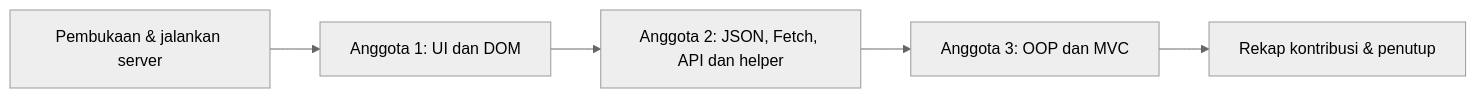
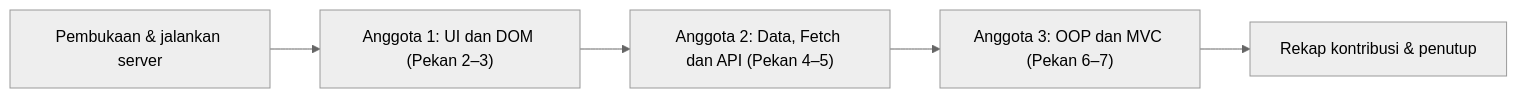
Before and after one commit to angga012/tes: the diagram in PANDUAN_VIDEO.md, drawn with Mermaid (neutral theme). The commit also changed other lines of this file and 3 other files, not shown here.

````diff
--- a/PANDUAN_VIDEO.md
+++ b/PANDUAN_VIDEO.md
@@ -53,7 +52,7 @@
 ```mermaid
 flowchart LR
-    A["Pembukaan & jalankan server"] --> B["Anggota 1: UI dan DOM"]
-    B --> C["Anggota 2: JSON, Fetch, API dan helper"]
-    C --> D["Anggota 3: OOP dan MVC"]
+    A["Pembukaan & jalankan server"] --> B["Anggota 1: UI dan DOM (Pekan 2–3)"]
+    B --> C["Anggota 2: Data, Fetch dan API (Pekan 4–5)"]
+    C --> D["Anggota 3: OOP dan MVC (Pekan 6–7)"]
     D --> E["Rekap kontribusi & penutup"]
 ```
````
